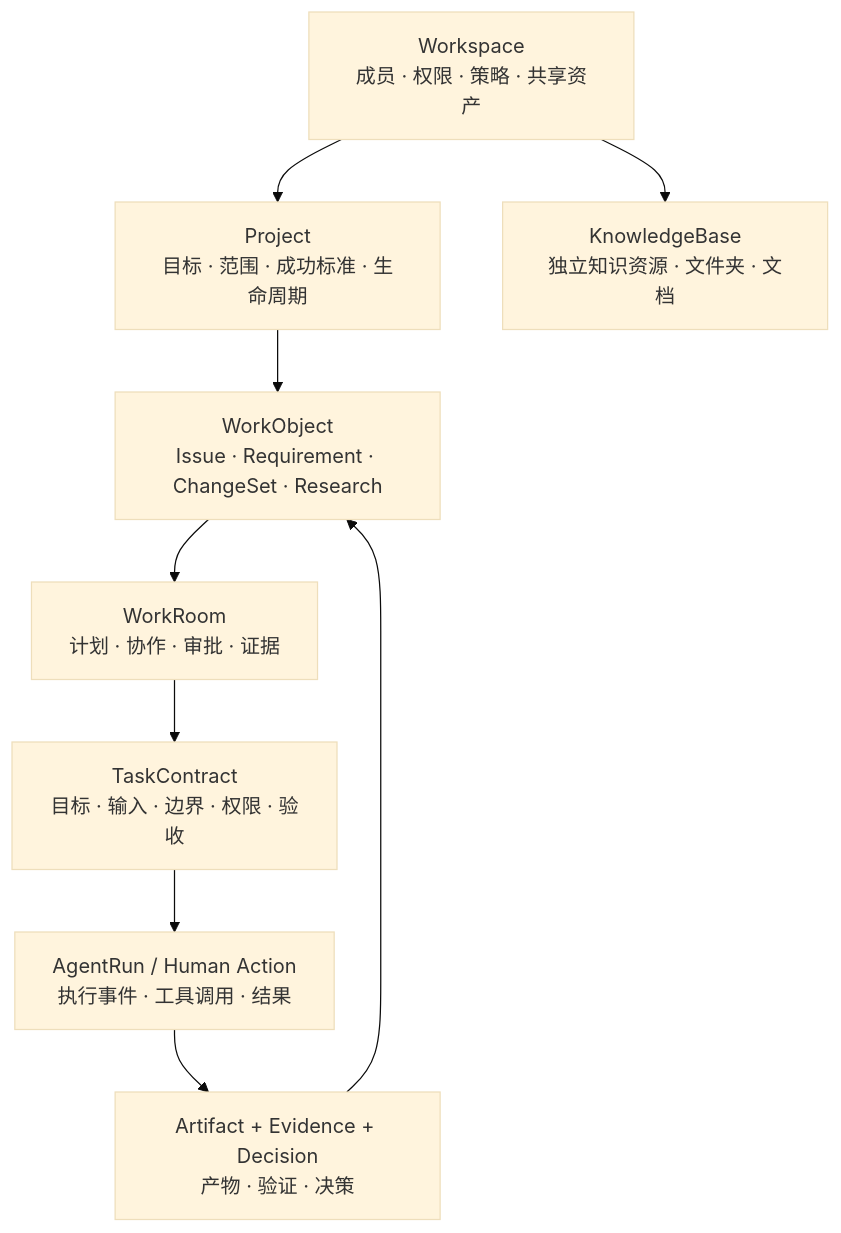
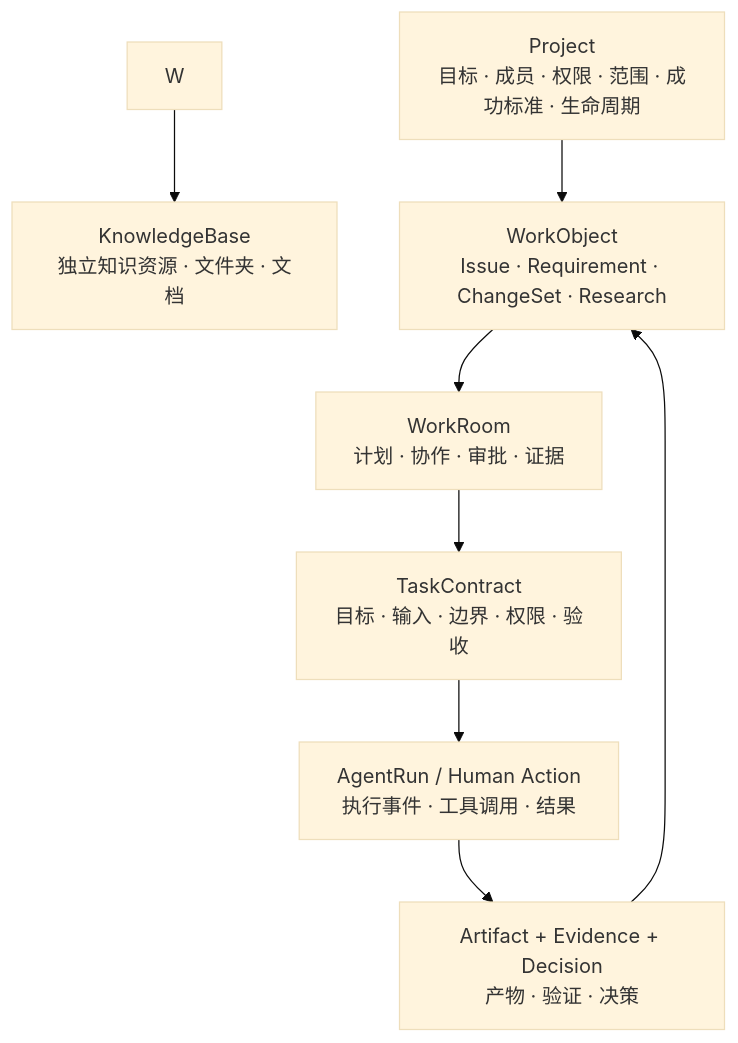
One commit to ccyang-aier/fouc changed the diagram in docs/product/V1/design/projects/fouc-project-space-product-ux-design.md. Above: the diagram before and after it, drawn with Mermaid (base theme). The commit also changed other lines of this file and 625 other files, not shown here.

````diff
--- a/docs/product/V1/design/projects/fouc-project-space-product-ux-design.md
+++ b/docs/product/V1/design/projects/fouc-project-space-product-ux-design.md
@@ -42,11 +42,11 @@
 ```mermaid
 flowchart TD
-    W[Workspace\n成员 · 权限 · 策略 · 共享资产] --> P[Project\n目标 · 范围 · 成功标准 · 生命周期]
+    P[Project\n目标 · 成员 · 权限 · 范围 · 成功标准 · 生命周期]
     W --> K[KnowledgeBase\n独立知识资源 · 文件夹 · 文档]
     P --> O[WorkObject\nIssue · Requirement · ChangeSet · Research]
     O --> R[WorkRoom\n计划 · 协作 · 审批 · 证据]
     R --> T[TaskContract\n目标 · 输入 · 边界 · 权限 · 验收]
     T --> A[AgentRun / Human Action\n执行事件 · 工具调用 · 结果]
     A --> F[Artifact + Evidence + Decision\n产物 · 验证 · 决策]
     F --> O
 ```
````
